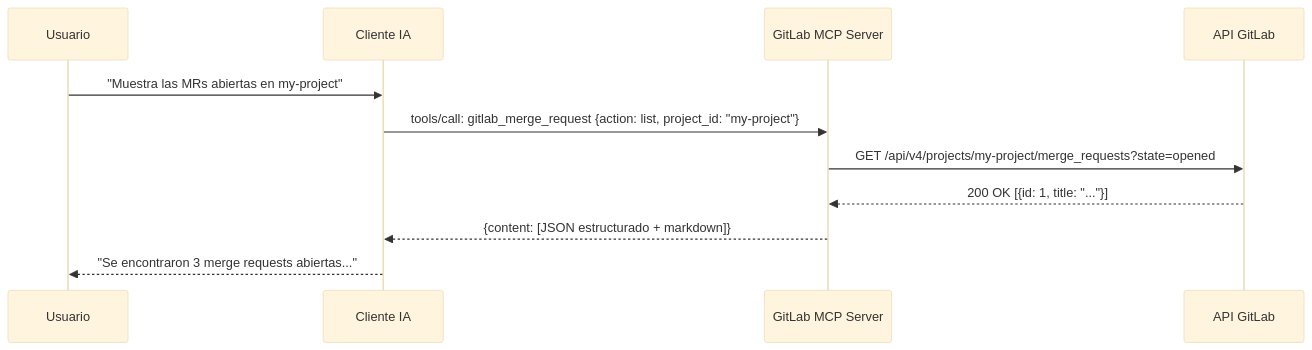
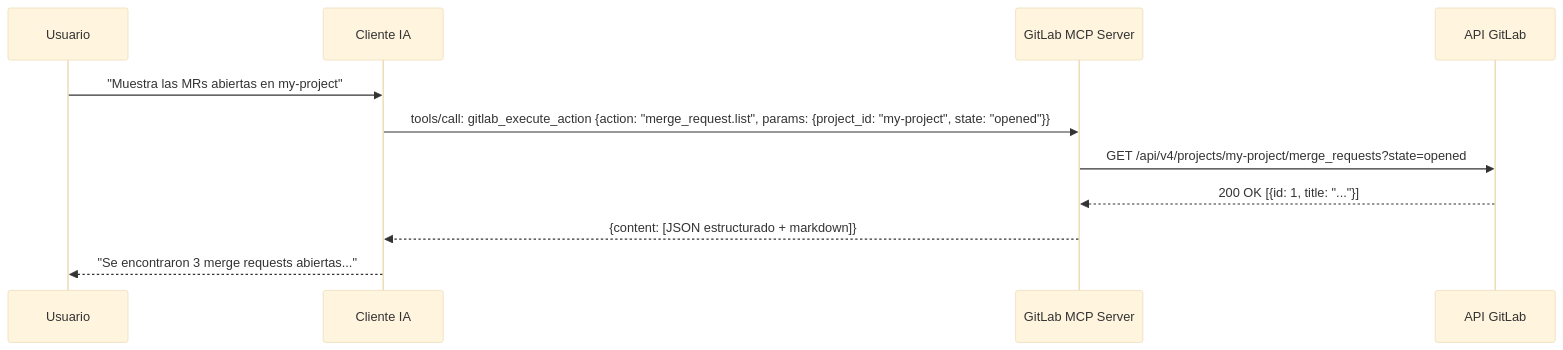
Before and after one commit to jmrplens/gitlab-mcp-server: the second of 6 diagrams in site/src/content/docs/es/architecture.mdx, drawn with Mermaid (base theme). The commit also changed other lines of this file and 90 other files, not shown here.

````diff
--- a/site/src/content/docs/es/architecture.mdx
+++ b/site/src/content/docs/es/architecture.mdx
@@ -49,14 +49,14 @@
 ```mermaid
 sequenceDiagram
     participant Usuario
     participant IA as Cliente IA
     participant MCP as GitLab MCP Server
     participant GL as API GitLab
 
     Usuario->>IA: "Muestra las MRs abiertas en my-project"
-    IA->>MCP: tools/call: gitlab_merge_request {action: list, project_id: "my-project"}
+    IA->>MCP: tools/call: gitlab_execute_action {action: "merge_request.list", params: {project_id: "my-project", state: "opened"}}
     MCP->>GL: GET /api/v4/projects/my-project/merge_requests?state=opened
     GL-->>MCP: 200 OK [{id: 1, title: "..."}]
     MCP-->>IA: {content: [JSON estructurado + markdown]}
     IA-->>Usuario: "Se encontraron 3 merge requests abiertas..."
 ```
````
